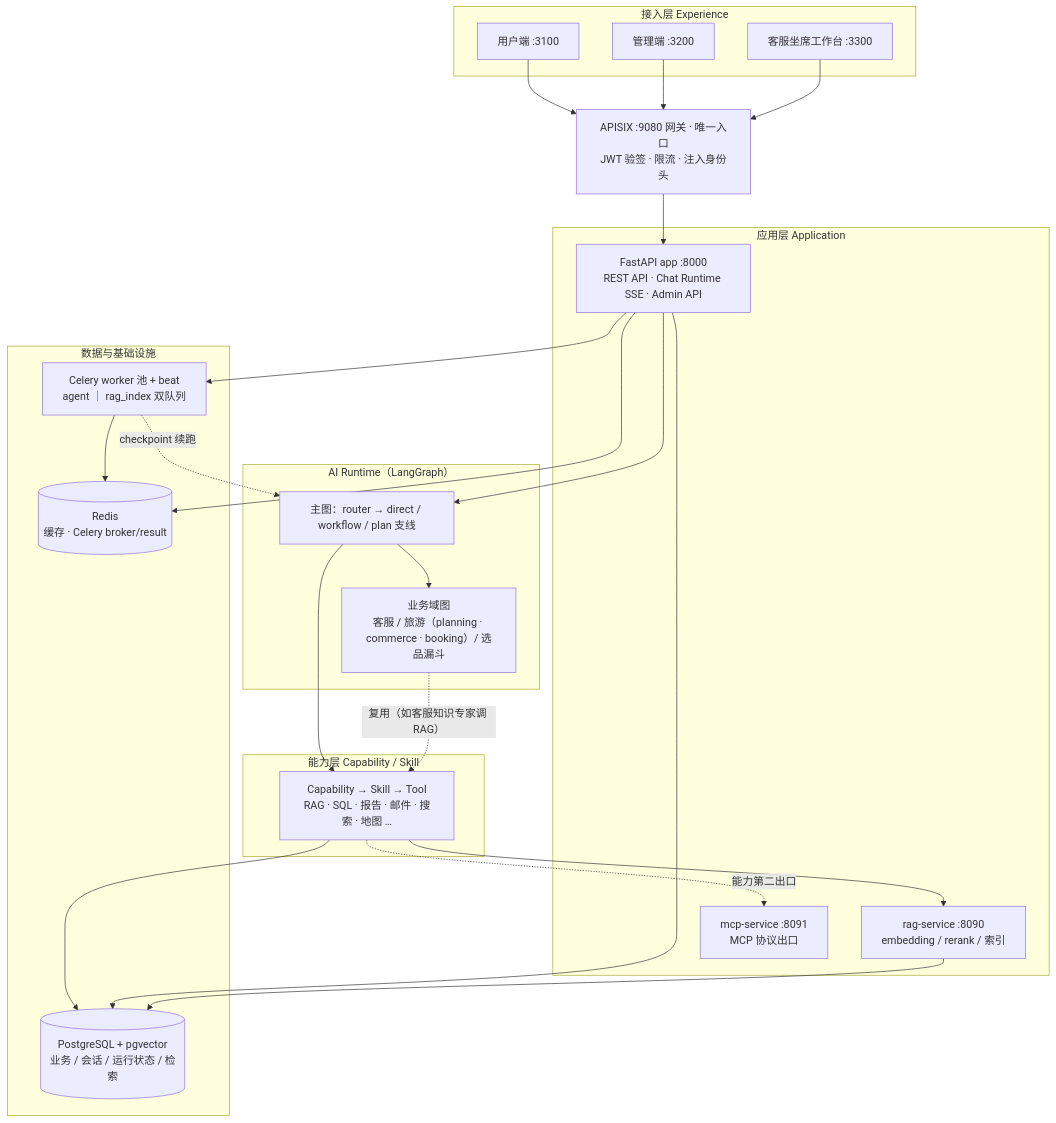
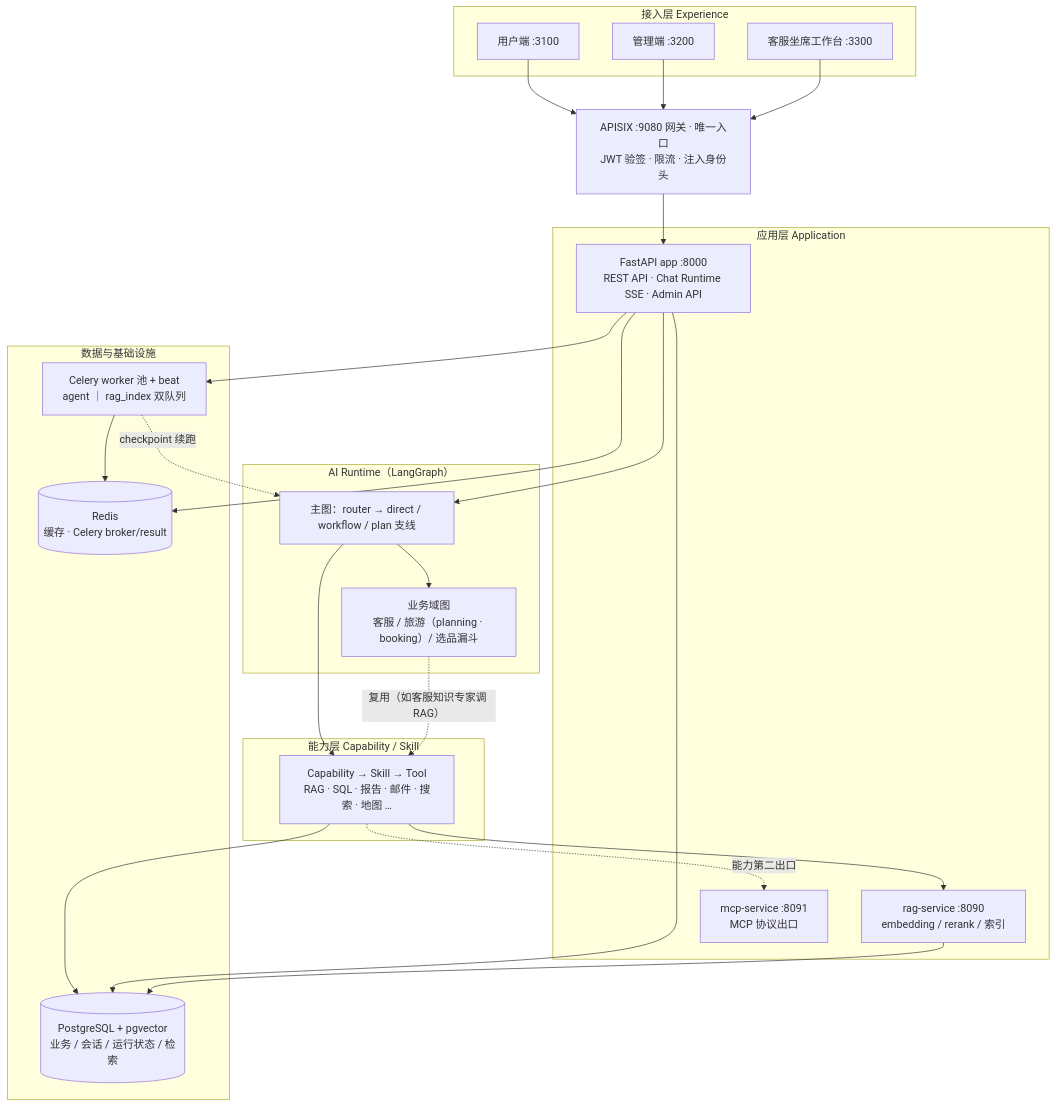
Before and after one commit to Jayus-07/agent: the first of 2 diagrams in README.md, drawn with Mermaid. The commit also changed other lines of this file and 81 other files, not shown here.

First line of the commit message:
refactor(travel): commerce 域图壳收编删除——实现层迁 providers_support，域图 5→4

````diff
--- a/README.md
+++ b/README.md
@@ -15,49 +15,49 @@
 ```mermaid
 flowchart TB
     subgraph EXP["接入层 Experience"]
         WEB["用户端 :3100"]
         ADM["管理端 :3200"]
         CSW["客服坐席工作台 :3300"]
     end
 
     GW["APISIX :9080 网关 · 唯一入口<br/>JWT 验签 · 限流 · 注入身份头"]
 
     subgraph APPL["应用层 Application"]
         APP["FastAPI app :8000<br/>REST API · Chat Runtime SSE · Admin API"]
         RAGS["rag-service :8090<br/>embedding / rerank / 索引"]
         MCPS["mcp-service :8091<br/>MCP 协议出口"]
     end
 
     subgraph AIRT["AI Runtime（LangGraph）"]
         MAIN["主图：router → direct / workflow / plan 支线"]
-        DOM["业务域图<br/>客服 / 旅游（planning · commerce · booking）/ 选品漏斗"]
+        DOM["业务域图<br/>客服 / 旅游（planning · booking）/ 选品漏斗"]
     end
 
     subgraph CAPL["能力层 Capability / Skill"]
         SK["Capability → Skill → Tool<br/>RAG · SQL · 报告 · 邮件 · 搜索 · 地图 …"]
     end
 
     subgraph INFRA["数据与基础设施"]
         PG[("PostgreSQL + pgvector<br/>业务 / 会话 / 运行状态 / 检索")]
         RD[("Redis<br/>缓存 · Celery broker/result")]
         CEL["Celery worker 池 + beat<br/>agent ｜ rag_index 双队列"]
     end
 
     WEB --> GW
     ADM --> GW
     CSW --> GW
     GW --> APP
     APP --> MAIN
     MAIN --> DOM
     MAIN --> SK
     DOM -.->|"复用（如客服知识专家调 RAG）"| SK
     SK --> RAGS
     SK --> PG
     APP --> CEL
     APP --> PG
     APP --> RD
     CEL --> RD
     RAGS --> PG
     SK -.->|"能力第二出口"| MCPS
     CEL -.->|"checkpoint 续跑"| MAIN
 ```
````
